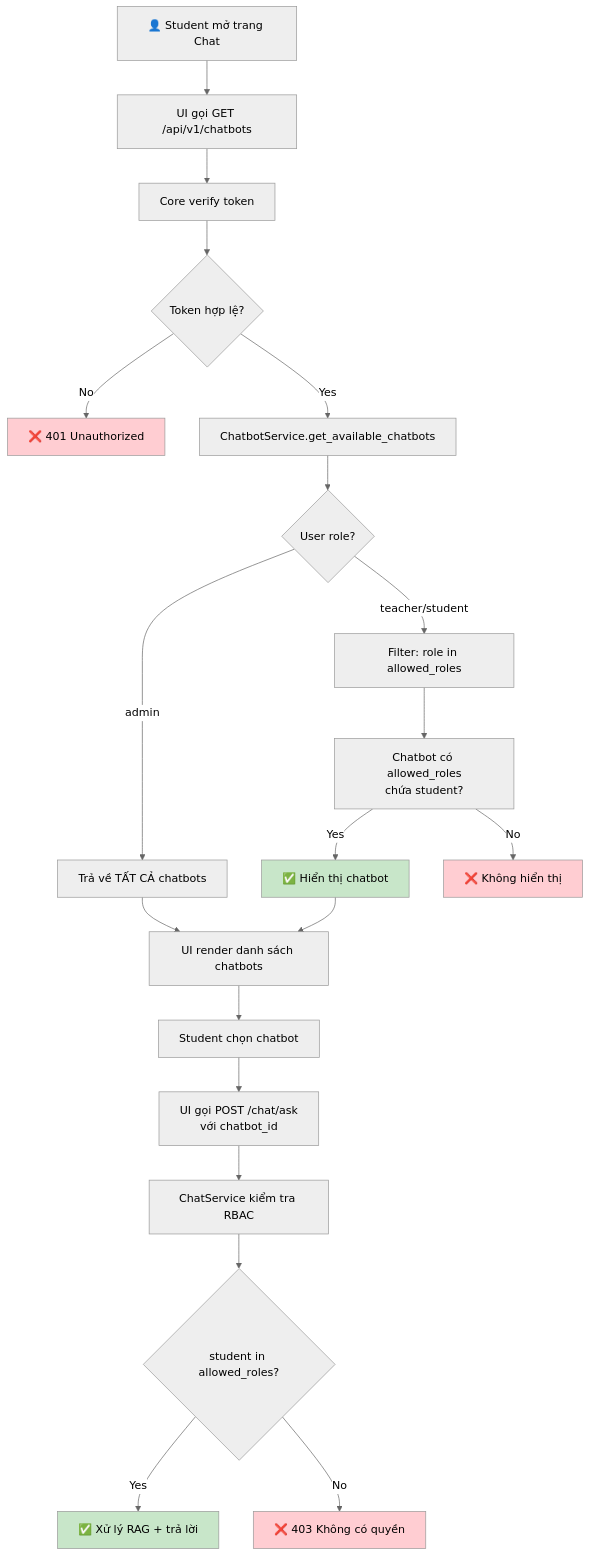
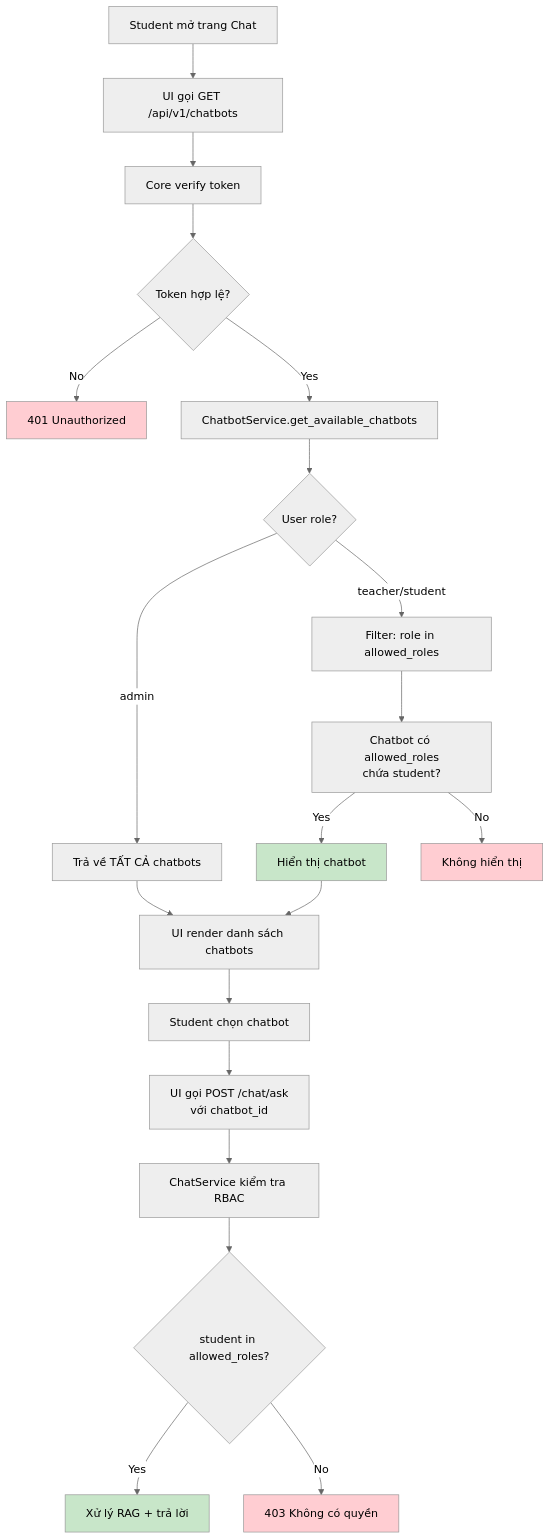
The eighth of 12 diagrams in document/System_Flow_Diagrams.md (hoclaptrinh33/chatbot), drawn with Mermaid (neutral theme) before and after one commit. The commit also changed other lines of this file and 150 other files, not shown here.

````diff
--- a/document/System_Flow_Diagrams.md
+++ b/document/System_Flow_Diagrams.md
@@ -621,33 +620,33 @@
 ```mermaid
 flowchart TD
-    A[👤 Student mở trang Chat] --> B[UI gọi GET /api/v1/chatbots]
-    B --> C[Core verify token]
-    C --> D{Token hợp lệ?}
-    D -->|No| E[❌ 401 Unauthorized]
-    D -->|Yes| F[ChatbotService.get_available_chatbots]
+ A[Student mở trang Chat] --> B[UI gọi GET /api/v1/chatbots]
+ B --> C[Core verify token]
+ C --> D{Token hợp lệ?}
+ D -->|No| E[401 Unauthorized]
+ D -->|Yes| F[ChatbotService.get_available_chatbots]
 
-    F --> G{User role?}
-    G -->|admin| H[Trả về TẤT CẢ chatbots]
-    G -->|teacher/student| I[Filter: role in allowed_roles]
+ F --> G{User role?}
+ G -->|admin| H[Trả về TẤT CẢ chatbots]
+ G -->|teacher/student| I[Filter: role in allowed_roles]
 
-    I --> J[Chatbot có allowed_roles<br/>chứa student?]
-    J -->|Yes| K[✅ Hiển thị chatbot]
-    J -->|No| L[❌ Không hiển thị]
+ I --> J[Chatbot có allowed_roles<br/>chứa student?]
+ J -->|Yes| K[Hiển thị chatbot]
+ J -->|No| L[Không hiển thị]
 
-    H --> M[UI render danh sách chatbots]
-    K --> M
+ H --> M[UI render danh sách chatbots]
+ K --> M
 
-    M --> N[Student chọn chatbot]
-    N --> O[UI gọi POST /chat/ask<br/>với chatbot_id]
-    O --> P[ChatService kiểm tra RBAC]
+ M --> N[Student chọn chatbot]
+ N --> O[UI gọi POST /chat/ask<br/>với chatbot_id]
+ O --> P[ChatService kiểm tra RBAC]
 
-    P --> Q{student in allowed_roles?}
-    Q -->|Yes| R[✅ Xử lý RAG + trả lời]
-    Q -->|No| S[❌ 403 Không có quyền]
+ P --> Q{student in allowed_roles?}
+ Q -->|Yes| R[Xử lý RAG + trả lời]
+ Q -->|No| S[403 Không có quyền]
 
-    style E fill:#ffcdd2
-    style L fill:#ffcdd2
-    style S fill:#ffcdd2
-    style K fill:#c8e6c9
-    style R fill:#c8e6c9
+ style E fill:#ffcdd2
+ style L fill:#ffcdd2
+ style S fill:#ffcdd2
+ style K fill:#c8e6c9
+ style R fill:#c8e6c9
 ```
````
